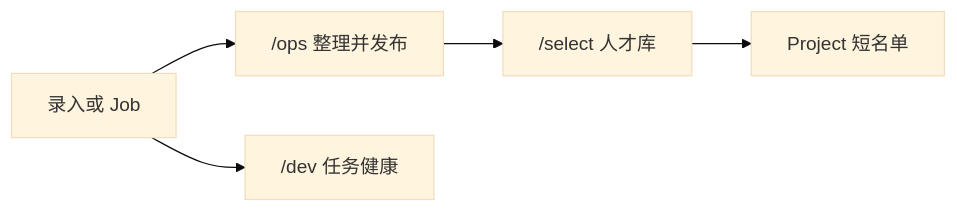
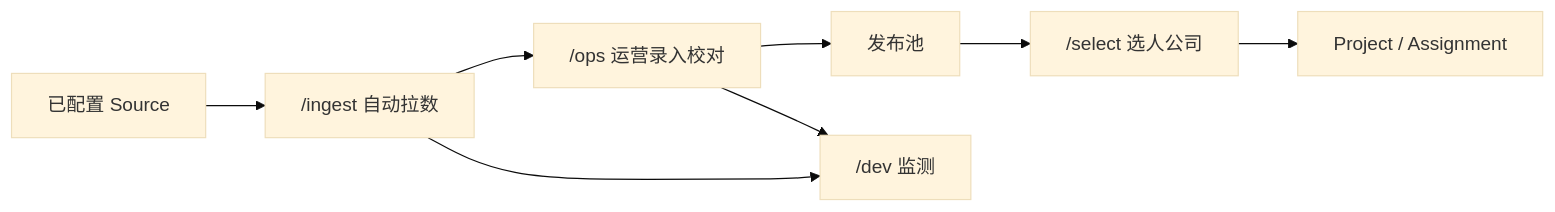
One commit to LibertychaserUS/korea-creator-system changed the diagram in docs/product/UX-FLOWS.md. Above: the diagram before and after it, drawn with Mermaid (base theme). The commit also changed other lines of this file and 3 other files, not shown here.

````diff
--- a/docs/product/UX-FLOWS.md
+++ b/docs/product/UX-FLOWS.md
@@ -8,7 +13,10 @@
 ```mermaid
 flowchart LR
-  IN[录入或 Job] --> OPS["/ops 整理并发布"]
-  OPS --> LIB["/select 人才库"]
-  LIB --> PRJ[Project 短名单]
-  IN --> DEV["/dev 任务健康"]
+  SRC[已配置 Source] --> ING["/ingest 自动拉数"]
+  ING --> OPS["/ops 运营录入校对"]
+  OPS --> POOL[发布池]
+  POOL --> SEL["/select 选人公司"]
+  SEL --> PRJ[Project / Assignment]
+  ING --> DEV["/dev 监测"]
+  OPS --> DEV
 ```
````
